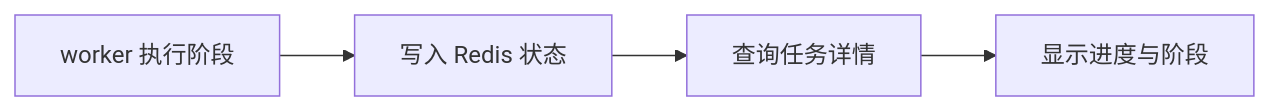
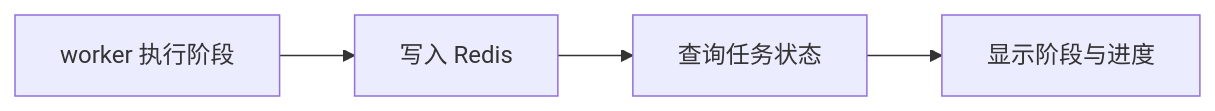
Diagram 11 of 18 in steps/day1-day15-summary.md (juemimgcd/sentiFlow), drawn with Mermaid before and after one commit. The commit also changed other lines of this file and 2 other files, not shown here.

````diff
--- a/steps/day1-day15-summary.md
+++ b/steps/day1-day15-summary.md
@@ -323,6 +350,6 @@
 ```mermaid
 flowchart LR
-    A[worker 执行阶段] --> B[写入 Redis 状态]
-    B --> C[查询任务详情]
-    C --> D[显示进度与阶段]
+    A[worker 执行阶段] --> B[写入 Redis]
+    B --> C[查询任务状态]
+    C --> D[显示阶段与进度]
 ```
````
